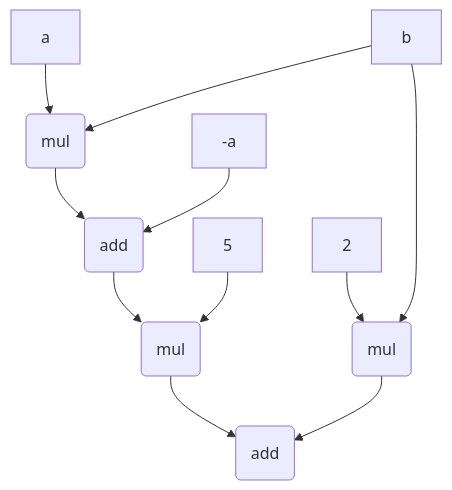
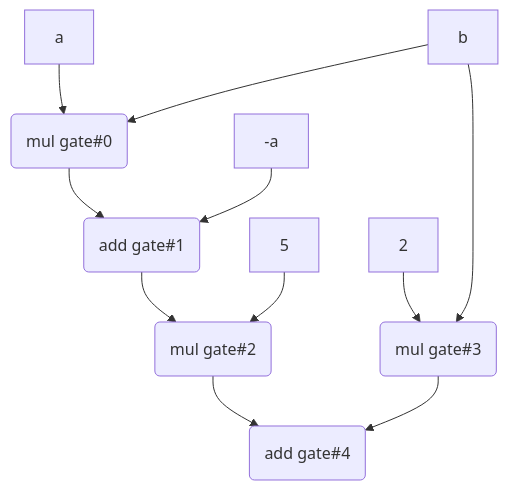
Before and after one commit to zk-tokyo/core-program: the diagram in week3/exercises/masaanari_gotoh/exercises.md, drawn with Mermaid. The commit also changed other lines of this file, not shown here.

````diff
--- a/week3/exercises/masaanari_gotoh/exercises.md
+++ b/week3/exercises/masaanari_gotoh/exercises.md
@@ -24,14 +24,14 @@
 ```mermaid
 graph TD
-  I1[a] --> M1(mul)
-  I2[b] --> M1(mul)
-  M1(mul) --> A1(add)
-  I3[-a] --> A1(add)
-  A1(add) --> M2(mul)
-  I4[5] --> M2(mul)
-  I5[2] --> M3(mul)
-  I2[b] --> M3(mul)
-  M2(mul) --> A2(add)
-  M3(mul) --> A2(add)
+  I1[a] --> M1(mul gate#0)
+  I2[b] --> M1(mul gate#0)
+  M1(mul gate#0) --> A1(add gate#1)
+  I3[-a] --> A1(add gate#1)
+  A1(add gate#1) --> M2(mul gate#2)
+  I4[5] --> M2(mul gate#2)
+  I5[2] --> M3(mul gate#3)
+  I2[b] --> M3(mul gate#3)
+  M2(mul gate#2) --> A2(add gate#4)
+  M3(mul gate#3) --> A2(add gate#4)
   
 ```
````
